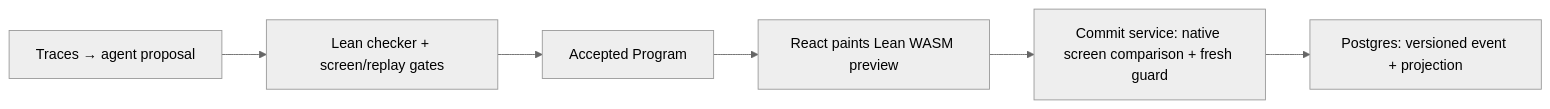
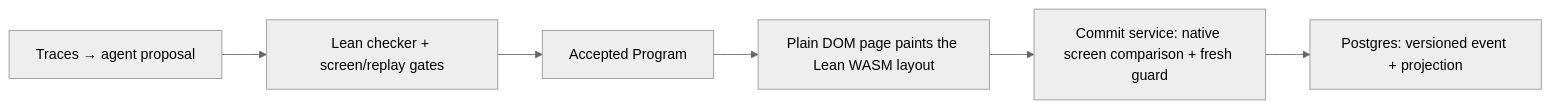
Before and after one commit to saithat/VGI-Health: the diagram in README.md, drawn with Mermaid (neutral theme). The commit also changed other lines of this file and 6 other files, not shown here.

````diff
--- a/README.md
+++ b/README.md
@@ -66,8 +66,8 @@
 ```mermaid
 flowchart LR
   A["Traces → agent proposal"] --> B["Lean checker + screen/replay gates"]
   B --> C["Accepted Program"]
-  C --> D["React paints Lean WASM preview"]
+  C --> D["Plain DOM page paints the Lean WASM layout"]
   D --> E["Commit service: native screen comparison + fresh guard"]
   E --> F["Postgres: versioned event + projection"]
 ```
````
